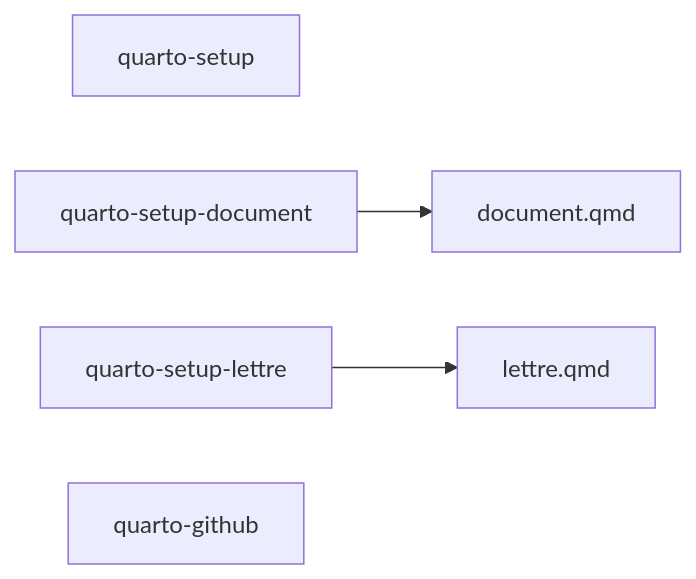
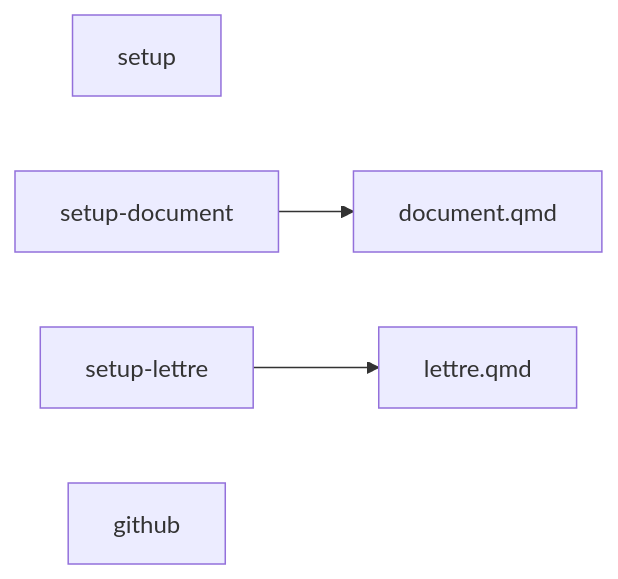
Before and after one commit to chris2fr/linto: the second of 3 diagrams in linto-guide/quarto.md, drawn with Mermaid. The commit also changed other lines of this file and 16 other files, not shown here.

````diff
--- a/linto-guide/quarto.md
+++ b/linto-guide/quarto.md
@@ -27,7 +27,7 @@
 ```mermaid
 flowchart LR
-quarto-setup
-quarto-setup-document --> document.qmd
-quarto-setup-lettre --> lettre.qmd
-quarto-github
+setup
+setup-document --> document.qmd
+setup-lettre --> lettre.qmd
+github
 ```
````
